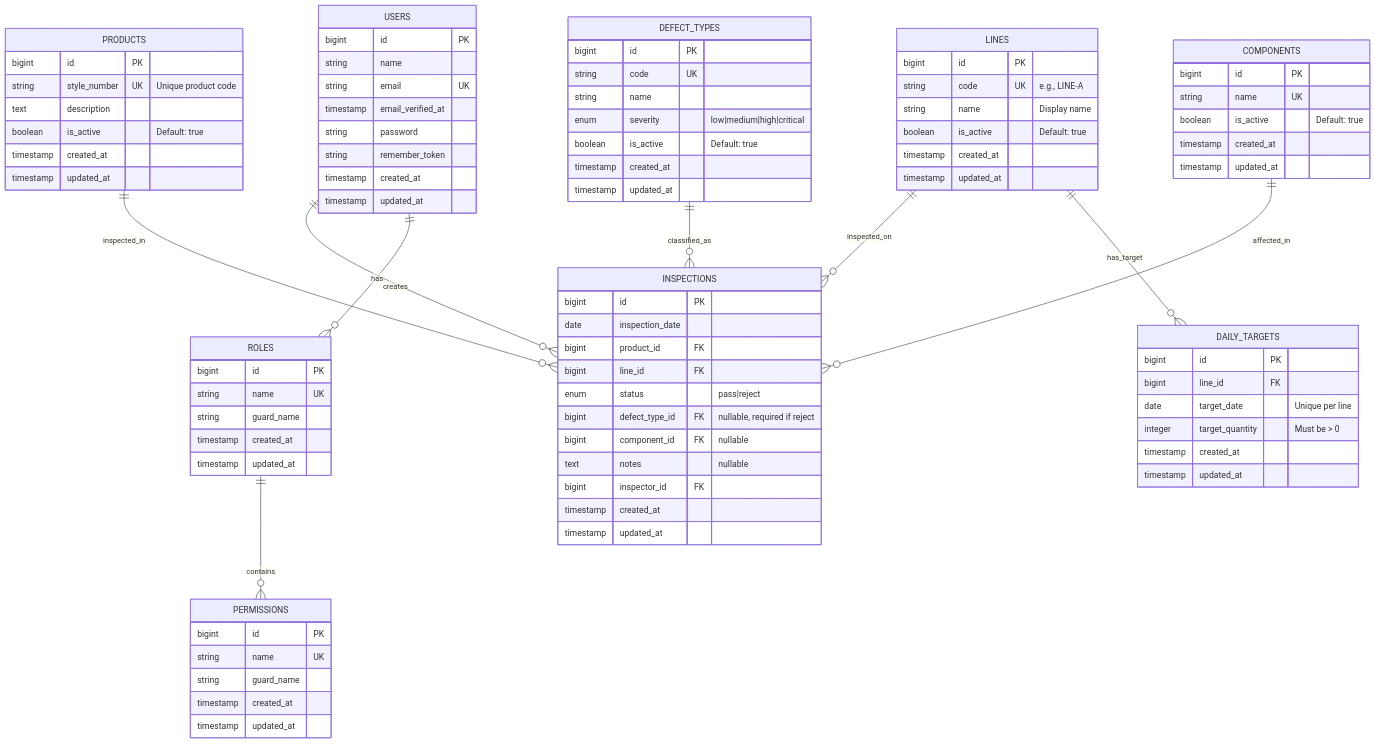
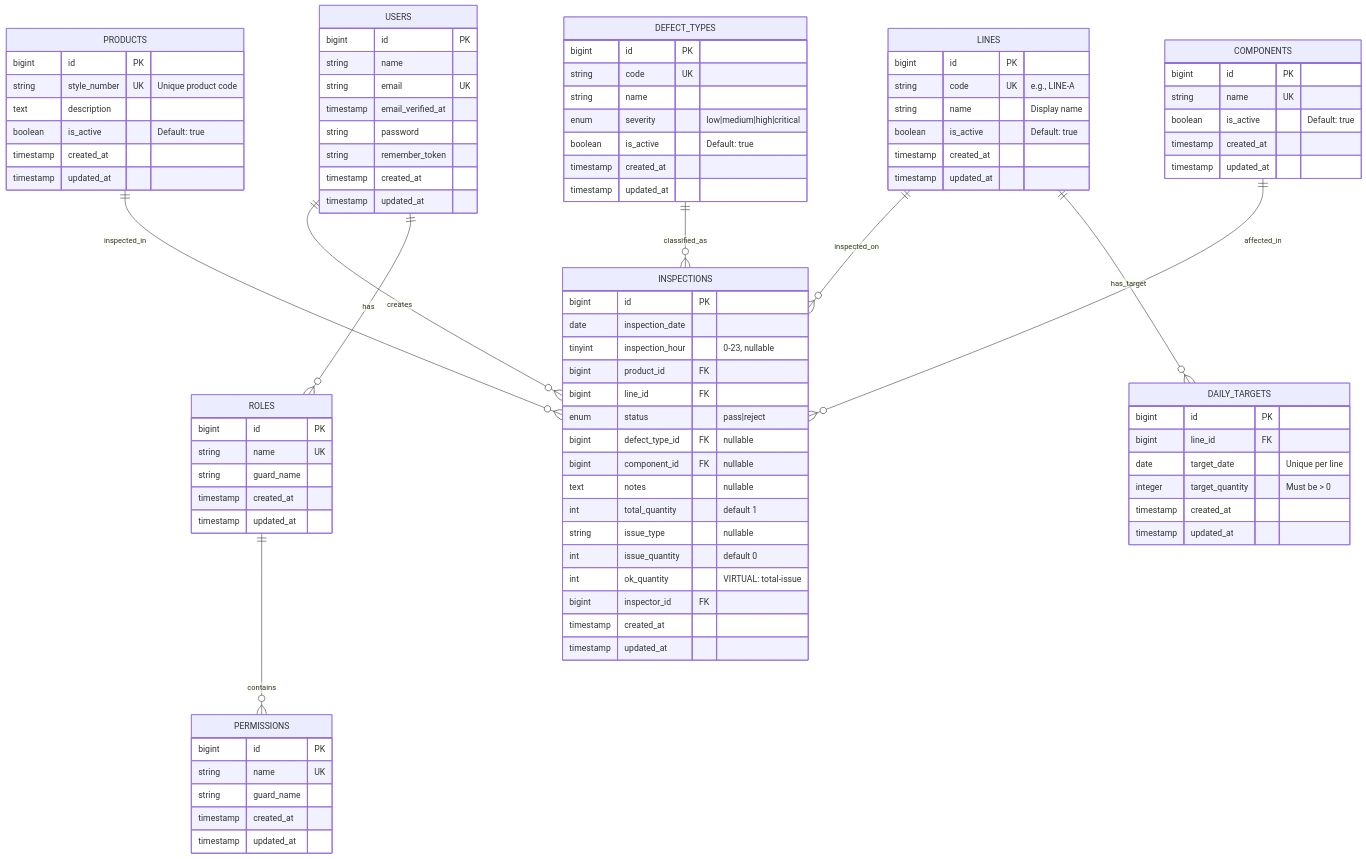
One commit to ginganomercy/qc-monitoring-sys changed the diagram in SCHEMA.md. Above: the diagram before and after it, drawn with Mermaid. The commit also changed other lines of this file and 3 other files, not shown here.

First line of the commit message:
docs(schema): update inspections table schema to v1.2.0

```diff
--- a/SCHEMA.md
+++ b/SCHEMA.md
@@ -84,12 +85,17 @@
     INSPECTIONS {
         bigint id PK
         date inspection_date
+        tinyint inspection_hour "0-23, nullable"
         bigint product_id FK
         bigint line_id FK
         enum status "pass|reject"
-        bigint defect_type_id FK "nullable, required if reject"
+        bigint defect_type_id FK "nullable"
         bigint component_id FK "nullable"
         text notes "nullable"
+        int total_quantity "default 1"
+        string issue_type "nullable"
+        int issue_quantity "default 0"
+        int ok_quantity "VIRTUAL: total-issue"
         bigint inspector_id FK
         timestamp created_at
         timestamp updated_at
```
